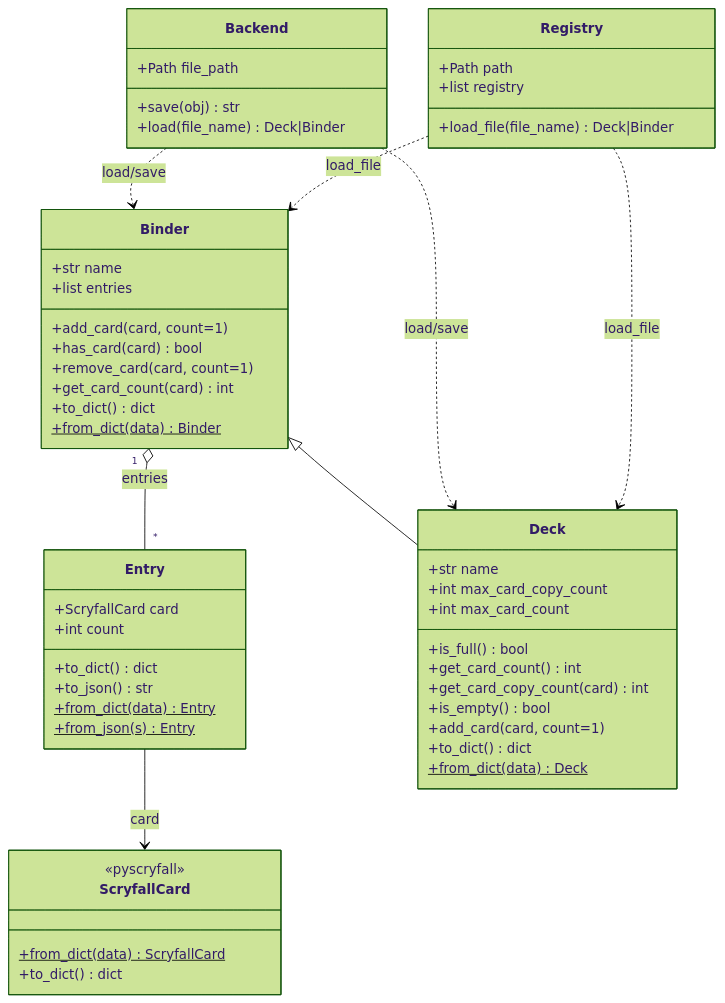
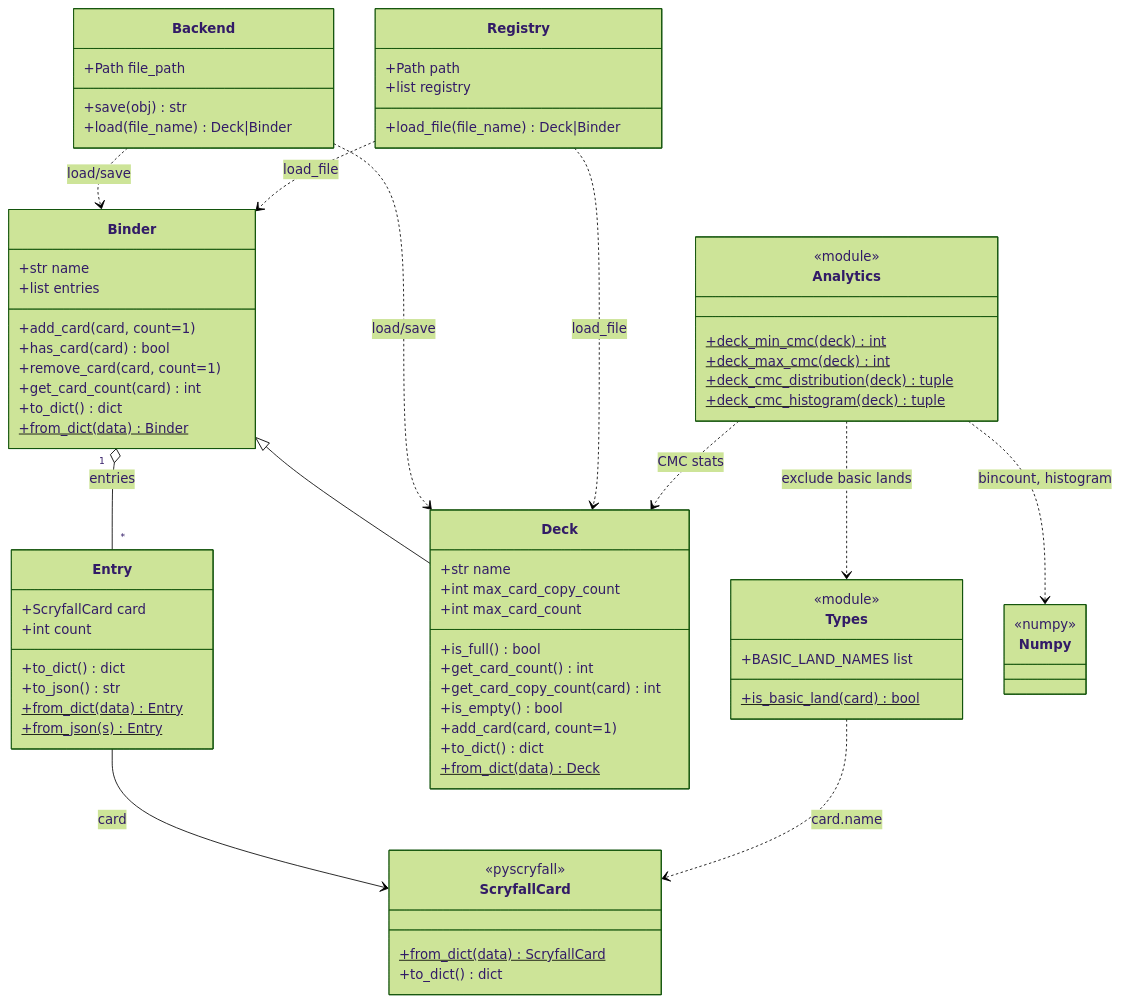
The diagram in README.md (mcaimi/pymtgdeck), drawn with Mermaid (forest theme) before and after one commit. The commit also changed other lines of this file and 1 other file, not shown here.

````diff
--- a/README.md
+++ b/README.md
@@ -97,6 +100,24 @@
         +load_file(file_name) Deck|Binder
     }
 
+    class Types {
+        <<module>>
+        +is_basic_land(card) bool$
+        +BASIC_LAND_NAMES list
+    }
+
+    class Analytics {
+        <<module>>
+        +deck_min_cmc(deck) int$
+        +deck_max_cmc(deck) int$
+        +deck_cmc_distribution(deck) tuple$
+        +deck_cmc_histogram(deck) tuple$
+    }
+
+    class Numpy {
+        <<numpy>>
+    }
+
     Entry --> ScryfallCard : card
     Binder "1" o-- "*" Entry : entries
     Binder <|-- Deck
@@ -104,4 +125,8 @@
     Backend ..> Binder : load/save
     Registry ..> Deck : load_file
     Registry ..> Binder : load_file
+    Analytics ..> Deck : CMC stats
+    Analytics ..> Types : exclude basic lands
+    Analytics ..> Numpy : bincount, histogram
+    Types ..> ScryfallCard : card.name
 ```
````
